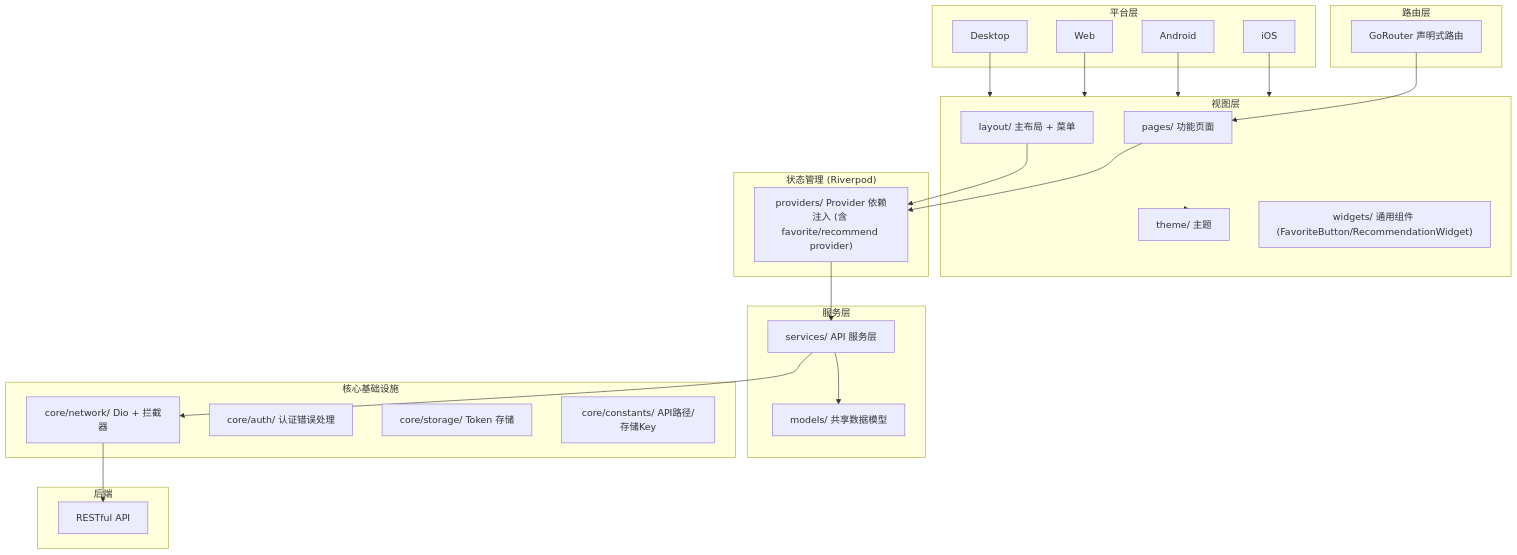
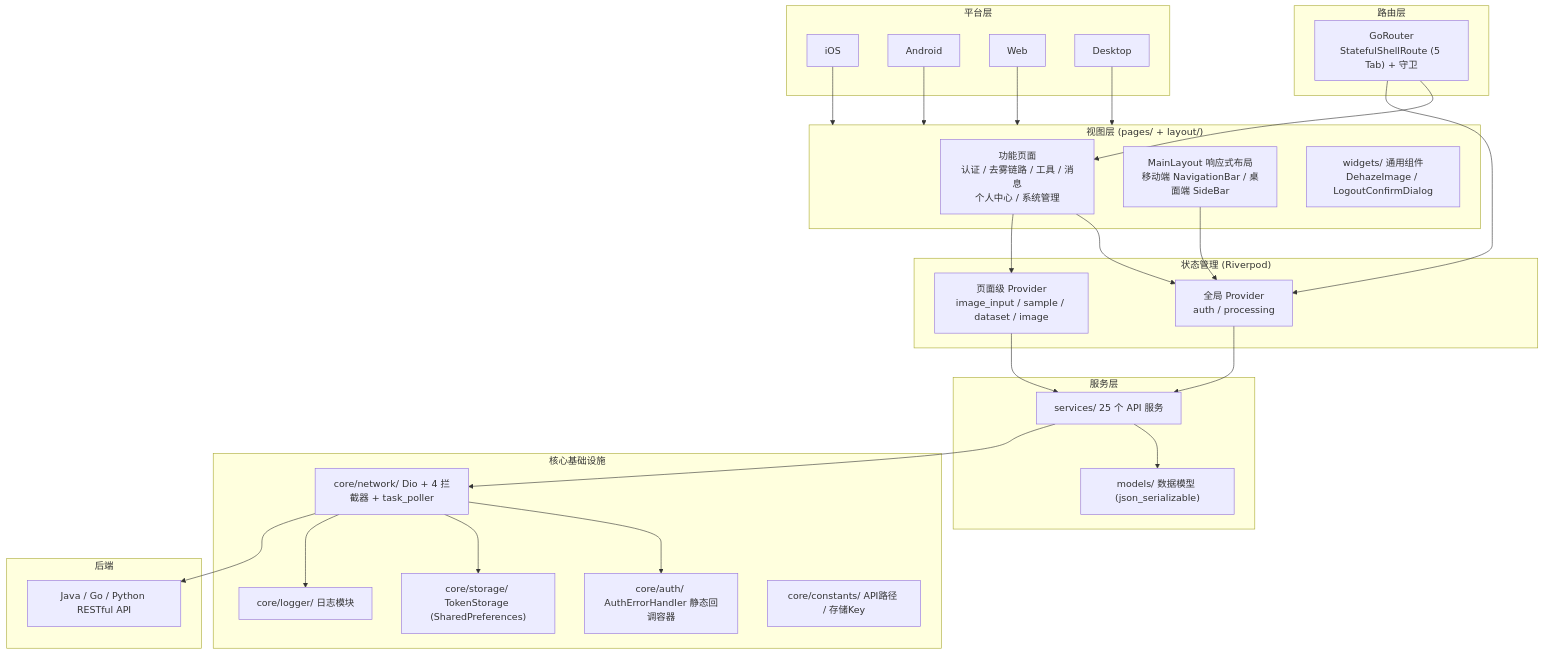
The first of 3 diagrams in dehaze-doc/docs/04-项目实现/前端/05-Flutter架构文档.md (earthy-zinc/dehaze-system), drawn with Mermaid before and after one commit. The commit also changed other lines of this file and 24 other files, not shown here.

First line of the commit message:
docs: add and update multiple architecture documents

````diff
--- a/dehaze-doc/docs/04-项目实现/前端/05-Flutter架构文档.md
+++ b/dehaze-doc/docs/04-项目实现/前端/05-Flutter架构文档.md
@@ -9,53 +11,59 @@
 ```mermaid
 flowchart TB
     subgraph Platform["平台层"]
         iOS["iOS"]
         Android["Android"]
         Web["Web"]
         Desktop["Desktop"]
     end
 
-    subgraph UI["视图层"]
-        Pages["pages/ 功能页面"]
-        Layout["layout/ 主布局 + 菜单"]
-        Theme["theme/ 主题"]
-        Components["widgets/ 通用组件 (FavoriteButton/RecommendationWidget)"]
+    subgraph UI["视图层 (pages/ + layout/)"]
+        Pages["功能页面<br/>认证 / 去雾链路 / 工具 / 消息<br/>个人中心 / 系统管理"]
+        Layout["MainLayout 响应式布局<br/>移动端 NavigationBar / 桌面端 SideBar"]
+        Widgets["widgets/ 通用组件<br/>DehazeImage / LogoutConfirmDialog"]
     end
 
     subgraph State["状态管理 (Riverpod)"]
-        Providers["providers/ Provider 依赖注入 (含 favorite/recommend provider)"]
+        GlobalProviders["全局 Provider<br/>auth / processing"]
+        PageProviders["页面级 Provider<br/>image_input / sample / dataset / image"]
     end
 
     subgraph Service["服务层"]
-        Services["services/ API 服务层"]
-        Models["models/ 共享数据模型"]
+        Services["services/ 25 个 API 服务"]
+        Models["models/ 数据模型 (json_serializable)"]
     end
 
     subgraph Core["核心基础设施"]
-        Network["core/network/ Dio + 拦截器"]
-        Auth["core/auth/ 认证错误处理"]
-        Storage["core/storage/ Token 存储"]
-        Constants["core/constants/ API路径/存储Key"]
+        Network["core/network/ Dio + 4 拦截器 + task_poller"]
+        Auth["core/auth/ AuthErrorHandler 静态回调容器"]
+        Storage["core/storage/ TokenStorage (SharedPreferences)"]
+        Logger["core/logger/ 日志模块"]
+        Constants["core/constants/ API路径 / 存储Key"]
     end
 
     subgraph Router["路由层"]
-        GoRouter["GoRouter 声明式路由"]
+        GoRouter["GoRouter<br/>StatefulShellRoute (5 Tab) + 守卫"]
     end
 
     subgraph Backend["后端"]
-        REST["RESTful API"]
+        REST["Java / Go / Python RESTful API"]
     end
 
     iOS --> UI
     Android --> UI
     Web --> UI
     Desktop --> UI
-    Pages --> Providers
-    Layout --> Providers
-    Providers --> Services
+    Pages --> GlobalProviders
+    Pages --> PageProviders
+    Layout --> GlobalProviders
+    GlobalProviders --> Services
+    PageProviders --> Services
     Services --> Models
     Services --> Network
+    Network --> Auth
+    Network --> Storage
+    Network --> Logger
     Network --> REST
     GoRouter --> Pages
-    UI --> Theme
+    GoRouter --> GlobalProviders
 ```
````
